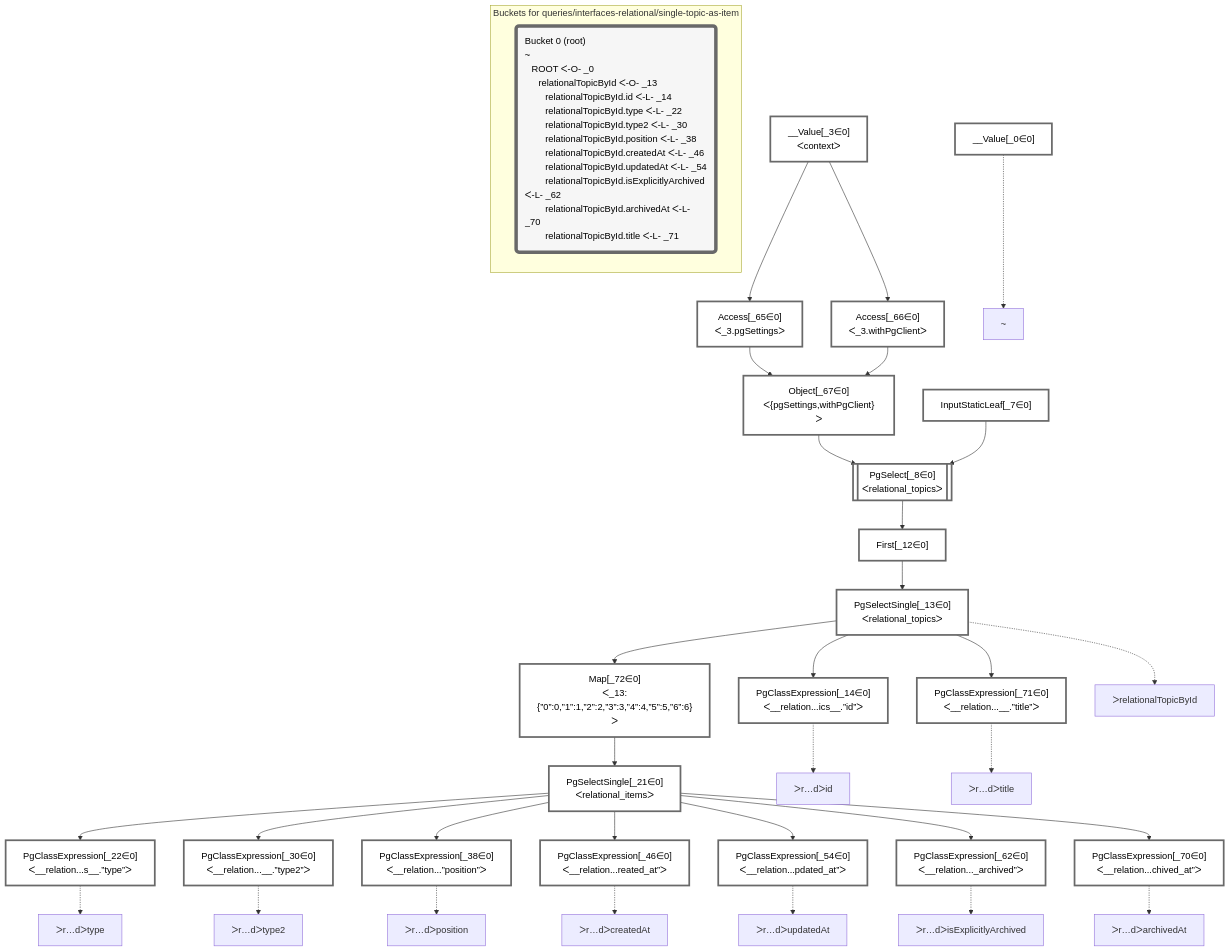
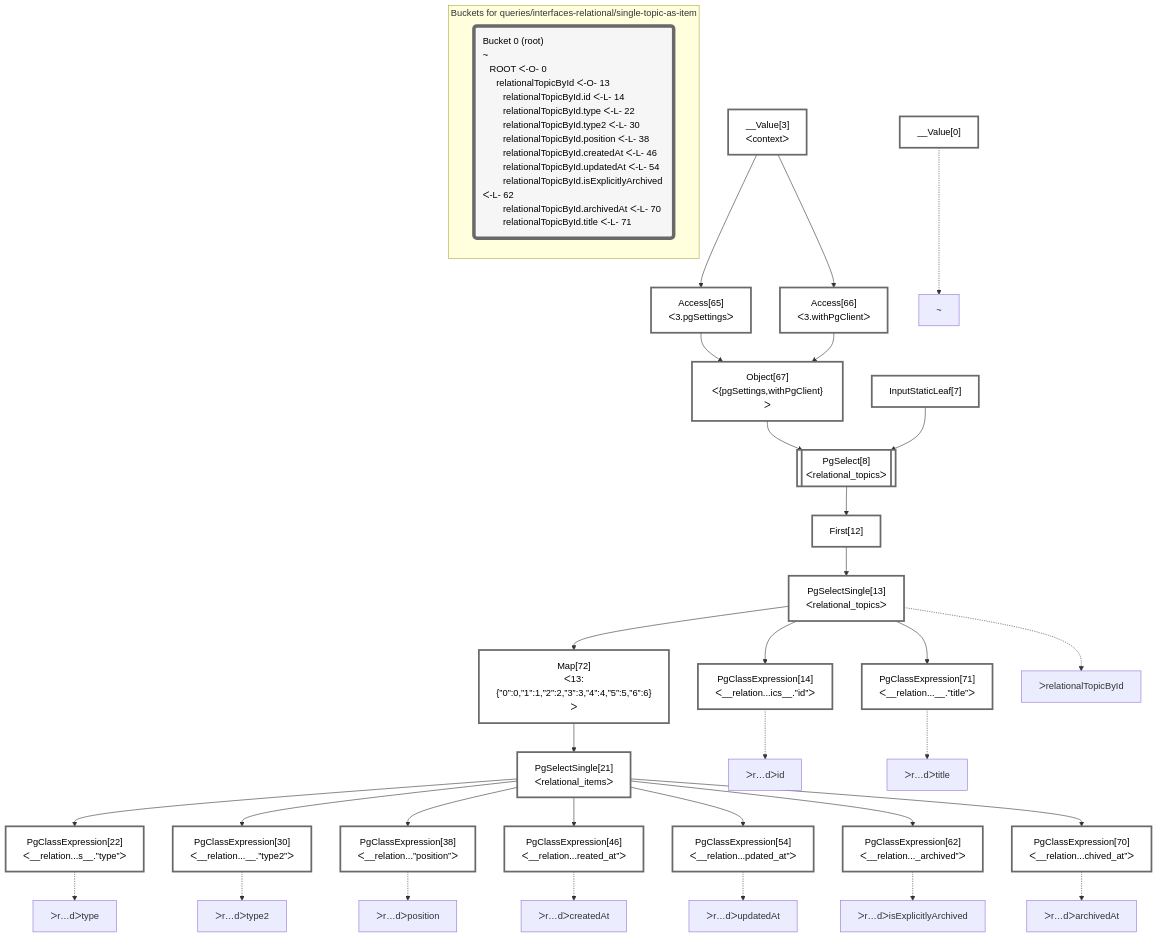
One commit to graphile/crystal changed the diagram in packages/dataplan-pg/__tests__/queries/interfaces-relational/single-topic-as-item.deopt.mermaid.md. Above: the diagram before and after it, drawn with Mermaid. The commit also changed 195 other files, not shown here.

````diff
--- a/packages/dataplan-pg/__tests__/queries/interfaces-relational/single-topic-as-item.deopt.mermaid.md
+++ b/packages/dataplan-pg/__tests__/queries/interfaces-relational/single-topic-as-item.deopt.mermaid.md
@@ -1,80 +1,80 @@
 ```mermaid
 graph TD
     classDef path fill:#eee,stroke:#000,color:#000
     classDef plan fill:#fff,stroke-width:3px,color:#000
     classDef itemplan fill:#fff,stroke-width:6px,color:#000
     classDef sideeffectplan fill:#f00,stroke-width:6px,color:#000
     classDef bucket fill:#f6f6f6,color:#000,stroke-width:6px,text-align:left
 
 
     %% define plans
-    __Value_0["__Value[_0∈0]"]:::plan
-    PgClassExpression_14["PgClassExpression[_14∈0]<br />ᐸ__relation...ics__.”id”ᐳ"]:::plan
-    PgClassExpression_22["PgClassExpression[_22∈0]<br />ᐸ__relation...s__.”type”ᐳ"]:::plan
-    PgClassExpression_30["PgClassExpression[_30∈0]<br />ᐸ__relation...__.”type2”ᐳ"]:::plan
-    PgClassExpression_38["PgClassExpression[_38∈0]<br />ᐸ__relation...”position”ᐳ"]:::plan
-    PgClassExpression_46["PgClassExpression[_46∈0]<br />ᐸ__relation...reated_at”ᐳ"]:::plan
-    PgClassExpression_54["PgClassExpression[_54∈0]<br />ᐸ__relation...pdated_at”ᐳ"]:::plan
-    PgClassExpression_62["PgClassExpression[_62∈0]<br />ᐸ__relation..._archived”ᐳ"]:::plan
-    PgClassExpression_70["PgClassExpression[_70∈0]<br />ᐸ__relation...chived_at”ᐳ"]:::plan
-    PgSelectSingle_21["PgSelectSingle[_21∈0]<br />ᐸrelational_itemsᐳ"]:::plan
-    Map_72["Map[_72∈0]<br />ᐸ_13:{”0”:0,”1”:1,”2”:2,”3”:3,”4”:4,”5”:5,”6”:6}ᐳ"]:::plan
-    PgClassExpression_71["PgClassExpression[_71∈0]<br />ᐸ__relation...__.”title”ᐳ"]:::plan
-    PgSelectSingle_13["PgSelectSingle[_13∈0]<br />ᐸrelational_topicsᐳ"]:::plan
-    First_12["First[_12∈0]"]:::plan
-    PgSelect_8[["PgSelect[_8∈0]<br />ᐸrelational_topicsᐳ"]]:::plan
-    Object_67["Object[_67∈0]<br />ᐸ{pgSettings,withPgClient}ᐳ"]:::plan
-    Access_65["Access[_65∈0]<br />ᐸ_3.pgSettingsᐳ"]:::plan
-    Access_66["Access[_66∈0]<br />ᐸ_3.withPgClientᐳ"]:::plan
-    __Value_3["__Value[_3∈0]<br />ᐸcontextᐳ"]:::plan
-    InputStaticLeaf_7["InputStaticLeaf[_7∈0]"]:::plan
+    __Value0["__Value[0]"]:::plan
+    PgClassExpression14["PgClassExpression[14]<br />ᐸ__relation...ics__.”id”ᐳ"]:::plan
+    PgClassExpression22["PgClassExpression[22]<br />ᐸ__relation...s__.”type”ᐳ"]:::plan
+    PgClassExpression30["PgClassExpression[30]<br />ᐸ__relation...__.”type2”ᐳ"]:::plan
+    PgClassExpression38["PgClassExpression[38]<br />ᐸ__relation...”position”ᐳ"]:::plan
+    PgClassExpression46["PgClassExpression[46]<br />ᐸ__relation...reated_at”ᐳ"]:::plan
+    PgClassExpression54["PgClassExpression[54]<br />ᐸ__relation...pdated_at”ᐳ"]:::plan
+    PgClassExpression62["PgClassExpression[62]<br />ᐸ__relation..._archived”ᐳ"]:::plan
+    PgClassExpression70["PgClassExpression[70]<br />ᐸ__relation...chived_at”ᐳ"]:::plan
+    PgSelectSingle21["PgSelectSingle[21]<br />ᐸrelational_itemsᐳ"]:::plan
+    Map72["Map[72]<br />ᐸ13:{”0”:0,”1”:1,”2”:2,”3”:3,”4”:4,”5”:5,”6”:6}ᐳ"]:::plan
+    PgClassExpression71["PgClassExpression[71]<br />ᐸ__relation...__.”title”ᐳ"]:::plan
+    PgSelectSingle13["PgSelectSingle[13]<br />ᐸrelational_topicsᐳ"]:::plan
+    First12["First[12]"]:::plan
+    PgSelect8[["PgSelect[8]<br />ᐸrelational_topicsᐳ"]]:::plan
+    Object67["Object[67]<br />ᐸ{pgSettings,withPgClient}ᐳ"]:::plan
+    Access65["Access[65]<br />ᐸ3.pgSettingsᐳ"]:::plan
+    Access66["Access[66]<br />ᐸ3.withPgClientᐳ"]:::plan
+    __Value3["__Value[3]<br />ᐸcontextᐳ"]:::plan
+    InputStaticLeaf7["InputStaticLeaf[7]"]:::plan
 
     %% plan dependencies
-    PgSelectSingle_13 --> PgClassExpression_14
-    PgSelectSingle_21 --> PgClassExpression_22
-    PgSelectSingle_21 --> PgClassExpression_30
-    PgSelectSingle_21 --> PgClassExpression_38
-    PgSelectSingle_21 --> PgClassExpression_46
-    PgSelectSingle_21 --> PgClassExpression_54
-    PgSelectSingle_21 --> PgClassExpression_62
-    PgSelectSingle_21 --> PgClassExpression_70
-    Map_72 --> PgSelectSingle_21
-    PgSelectSingle_13 --> Map_72
-    PgSelectSingle_13 --> PgClassExpression_71
-    First_12 --> PgSelectSingle_13
-    PgSelect_8 --> First_12
-    Object_67 & InputStaticLeaf_7 --> PgSelect_8
-    Access_65 & Access_66 --> Object_67
-    __Value_3 --> Access_65
-    __Value_3 --> Access_66
+    PgSelectSingle13 --> PgClassExpression14
+    PgSelectSingle21 --> PgClassExpression22
+    PgSelectSingle21 --> PgClassExpression30
+    PgSelectSingle21 --> PgClassExpression38
+    PgSelectSingle21 --> PgClassExpression46
+    PgSelectSingle21 --> PgClassExpression54
+    PgSelectSingle21 --> PgClassExpression62
+    PgSelectSingle21 --> PgClassExpression70
+    Map72 --> PgSelectSingle21
+    PgSelectSingle13 --> Map72
+    PgSelectSingle13 --> PgClassExpression71
+    First12 --> PgSelectSingle13
+    PgSelect8 --> First12
+    Object67 & InputStaticLeaf7 --> PgSelect8
+    Access65 & Access66 --> Object67
+    __Value3 --> Access65
+    __Value3 --> Access66
 
     %% plan-to-path relationships
-    P_0["~"]
-    __Value_0 -.-> P_0
-    P_13["ᐳrelationalTopicById"]
-    PgSelectSingle_13 -.-> P_13
-    P_14["ᐳr…dᐳid"]
-    PgClassExpression_14 -.-> P_14
-    P_22["ᐳr…dᐳtype"]
-    PgClassExpression_22 -.-> P_22
-    P_30["ᐳr…dᐳtype2"]
-    PgClassExpression_30 -.-> P_30
-    P_38["ᐳr…dᐳposition"]
-    PgClassExpression_38 -.-> P_38
-    P_46["ᐳr…dᐳcreatedAt"]
-    PgClassExpression_46 -.-> P_46
-    P_54["ᐳr…dᐳupdatedAt"]
-    PgClassExpression_54 -.-> P_54
-    P_62["ᐳr…dᐳisExplicitlyArchived"]
-    PgClassExpression_62 -.-> P_62
-    P_70["ᐳr…dᐳarchivedAt"]
-    PgClassExpression_70 -.-> P_70
-    P_71["ᐳr…dᐳtitle"]
-    PgClassExpression_71 -.-> P_71
+    P0["~"]
+    __Value0 -.-> P0
+    P13["ᐳrelationalTopicById"]
+    PgSelectSingle13 -.-> P13
+    P14["ᐳr…dᐳid"]
+    PgClassExpression14 -.-> P14
+    P22["ᐳr…dᐳtype"]
+    PgClassExpression22 -.-> P22
+    P30["ᐳr…dᐳtype2"]
+    PgClassExpression30 -.-> P30
+    P38["ᐳr…dᐳposition"]
+    PgClassExpression38 -.-> P38
+    P46["ᐳr…dᐳcreatedAt"]
+    PgClassExpression46 -.-> P46
+    P54["ᐳr…dᐳupdatedAt"]
+    PgClassExpression54 -.-> P54
+    P62["ᐳr…dᐳisExplicitlyArchived"]
+    PgClassExpression62 -.-> P62
+    P70["ᐳr…dᐳarchivedAt"]
+    PgClassExpression70 -.-> P70
+    P71["ᐳr…dᐳtitle"]
+    PgClassExpression71 -.-> P71
 
     subgraph "Buckets for queries/interfaces-relational/single-topic-as-item"
-    Bucket0("Bucket 0 (root)<br />~<br />⠀ROOT ᐸ-O- _0<br />⠀⠀relationalTopicById ᐸ-O- _13<br />⠀⠀⠀relationalTopicById.id ᐸ-L- _14<br />⠀⠀⠀relationalTopicById.type ᐸ-L- _22<br />⠀⠀⠀relationalTopicById.type2 ᐸ-L- _30<br />⠀⠀⠀relationalTopicById.position ᐸ-L- _38<br />⠀⠀⠀relationalTopicById.createdAt ᐸ-L- _46<br />⠀⠀⠀relationalTopicById.updatedAt ᐸ-L- _54<br />⠀⠀⠀relationalTopicById.isExplicitlyArchived ᐸ-L- _62<br />⠀⠀⠀relationalTopicById.archivedAt ᐸ-L- _70<br />⠀⠀⠀relationalTopicById.title ᐸ-L- _71"):::bucket
+    Bucket0("Bucket 0 (root)<br />~<br />⠀ROOT ᐸ-O- 0<br />⠀⠀relationalTopicById ᐸ-O- 13<br />⠀⠀⠀relationalTopicById.id ᐸ-L- 14<br />⠀⠀⠀relationalTopicById.type ᐸ-L- 22<br />⠀⠀⠀relationalTopicById.type2 ᐸ-L- 30<br />⠀⠀⠀relationalTopicById.position ᐸ-L- 38<br />⠀⠀⠀relationalTopicById.createdAt ᐸ-L- 46<br />⠀⠀⠀relationalTopicById.updatedAt ᐸ-L- 54<br />⠀⠀⠀relationalTopicById.isExplicitlyArchived ᐸ-L- 62<br />⠀⠀⠀relationalTopicById.archivedAt ᐸ-L- 70<br />⠀⠀⠀relationalTopicById.title ᐸ-L- 71"):::bucket
     classDef bucket0 stroke:#696969
-    class Bucket0,__Value_0,__Value_3,InputStaticLeaf_7,PgSelect_8,First_12,PgSelectSingle_13,PgClassExpression_14,PgSelectSingle_21,PgClassExpression_22,PgClassExpression_30,PgClassExpression_38,PgClassExpression_46,PgClassExpression_54,PgClassExpression_62,Access_65,Access_66,Object_67,PgClassExpression_70,PgClassExpression_71,Map_72 bucket0
+    class Bucket0,__Value0,__Value3,InputStaticLeaf7,PgSelect8,First12,PgSelectSingle13,PgClassExpression14,PgSelectSingle21,PgClassExpression22,PgClassExpression30,PgClassExpression38,PgClassExpression46,PgClassExpression54,PgClassExpression62,Access65,Access66,Object67,PgClassExpression70,PgClassExpression71,Map72 bucket0
     end
 ```
````
